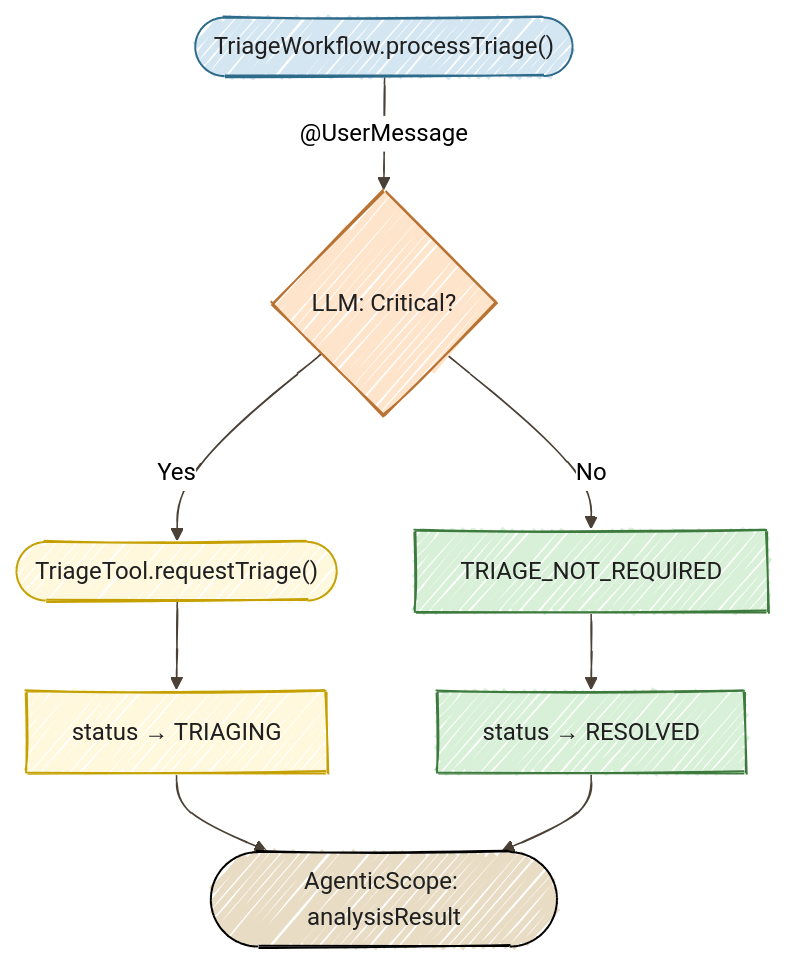
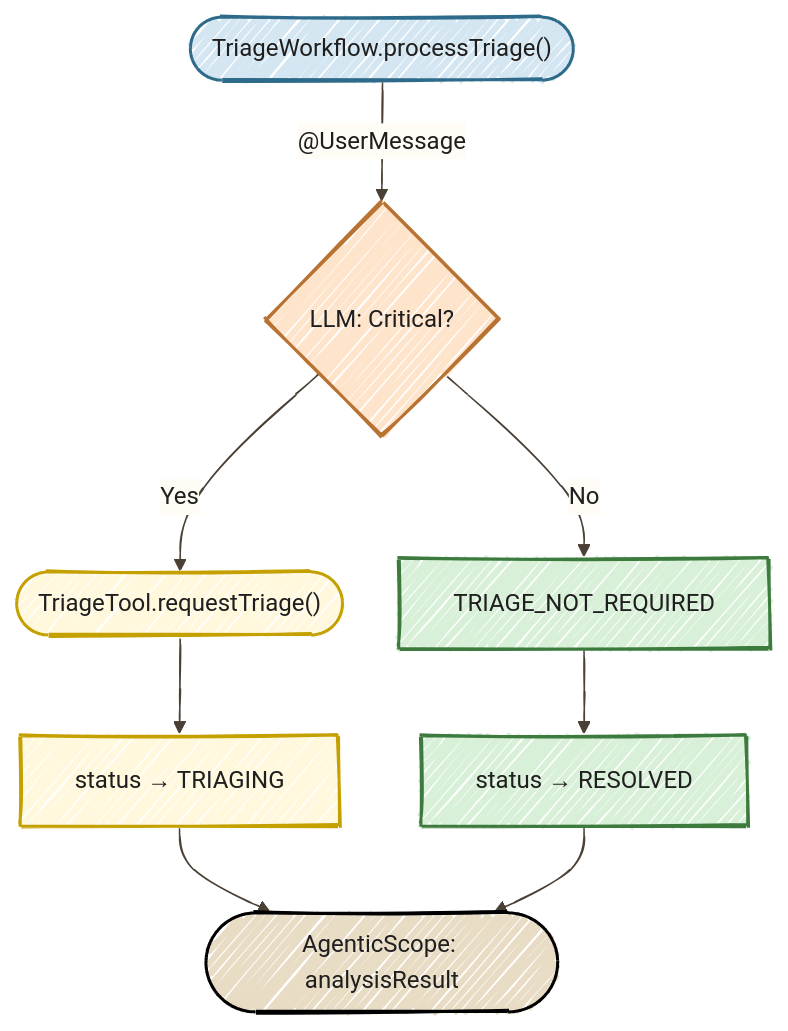
Before and after one commit to danieloh30/agentic-ai-java-workshop: the diagram in docs/01-first-agent/START_HERE.md, drawn with Mermaid. The commit also changed 11 other files, not shown here.

Commit message:
Improve hand-drawn Mermaid readability in light and dark modes

````diff
--- a/docs/01-first-agent/START_HERE.md
+++ b/docs/01-first-agent/START_HERE.md
@@ -162,23 +162,23 @@
 ```mermaid
-%%{init: {'look':'handDrawn','theme':'neutral','themeVariables': {'lineColor':'#4A4035'}}}%%
+%%{init: {'look':'handDrawn','theme':'base','themeVariables': {'darkMode':false,'background':'#FFFCF5','primaryTextColor':'#1F1F1F','secondaryTextColor':'#1F1F1F','tertiaryTextColor':'#1F1F1F','textColor':'#1F1F1F','lineColor':'#4A4035','edgeLabelBackground':'#FFFCF5','clusterBkg':'#F5F5F0','clusterBorder':'#6B5B45','fontSize':'16px'},'flowchart': {'nodeSpacing':35,'rankSpacing':55,'padding':18}}}%%
 flowchart TD
     A(["TriageWorkflow.processTriage()"])
     B{"LLM: Critical?"}
     C(["TriageTool.requestTriage()"])
     D["status → TRIAGING"]
     E["TRIAGE_NOT_REQUIRED"]
     F["status → RESOLVED"]
     G(["AgenticScope: analysisResult"])
 
     A -->|"@UserMessage"| B
     B -->|Yes| C --> D --> G
     B -->|No| E --> F --> G
 
-    style A fill:#D4E6F1,stroke:#2E6B8A,color:#1F1F1F
-    style B fill:#FFE4CC,stroke:#B87333,color:#1F1F1F
-    style C fill:#FFF8DC,stroke:#C4A000,color:#1F1F1F
-    style D fill:#FFF8DC,stroke:#C4A000,color:#1F1F1F
-    style E fill:#D8F0D8,stroke:#3D7A3D,color:#1F1F1F
-    style F fill:#D8F0D8,stroke:#3D7A3D,color:#1F1F1F
-    style G fill:#E8DCC4,stroke:#000000,color:#1F1F1F
+    style A fill:#D4E6F1,stroke:#2E6B8A,color:#1F1F1F,stroke-width:2px
+    style B fill:#FFE4CC,stroke:#B87333,color:#1F1F1F,stroke-width:2px
+    style C fill:#FFF8DC,stroke:#C4A000,color:#1F1F1F,stroke-width:2px
+    style D fill:#FFF8DC,stroke:#C4A000,color:#1F1F1F,stroke-width:2px
+    style E fill:#D8F0D8,stroke:#3D7A3D,color:#1F1F1F,stroke-width:2px
+    style F fill:#D8F0D8,stroke:#3D7A3D,color:#1F1F1F,stroke-width:2px
+    style G fill:#E8DCC4,stroke:#000000,color:#1F1F1F,stroke-width:2px
 ```
````
